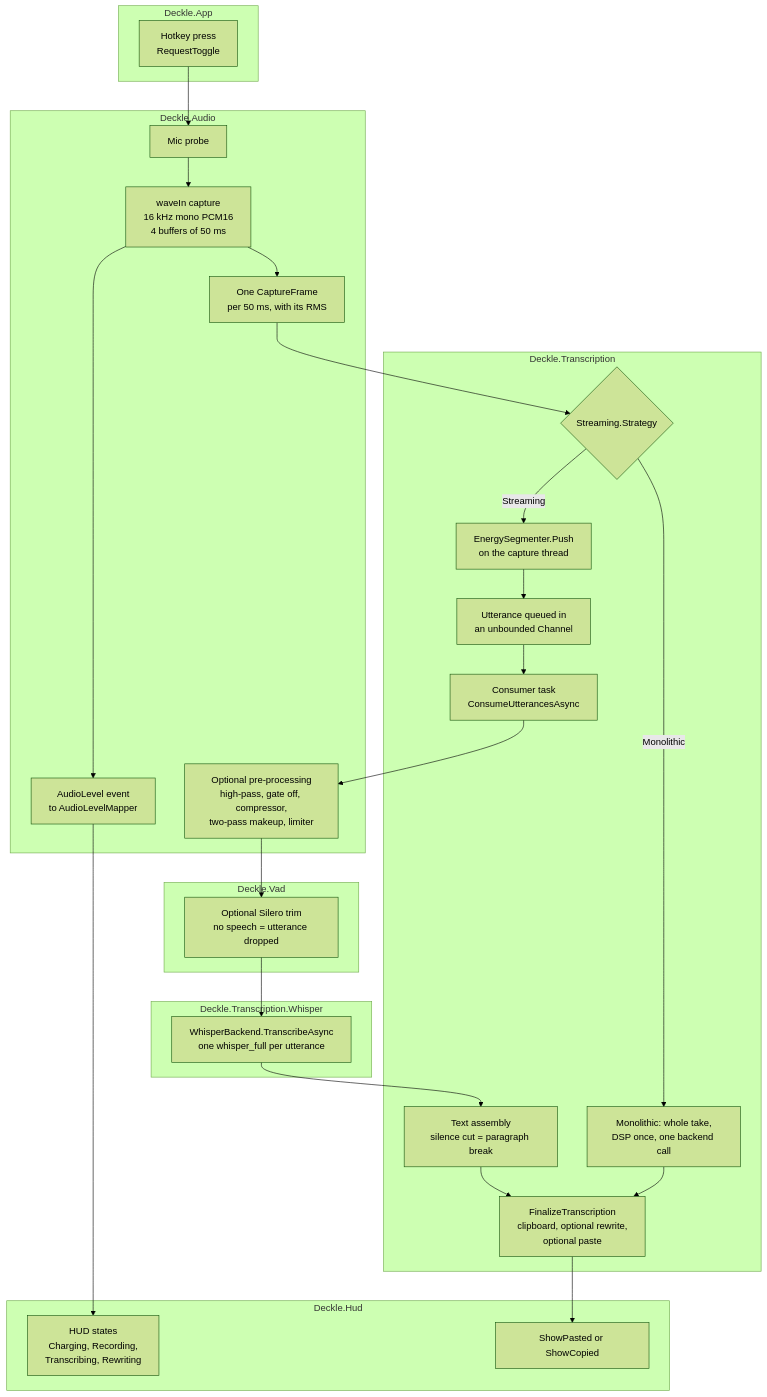
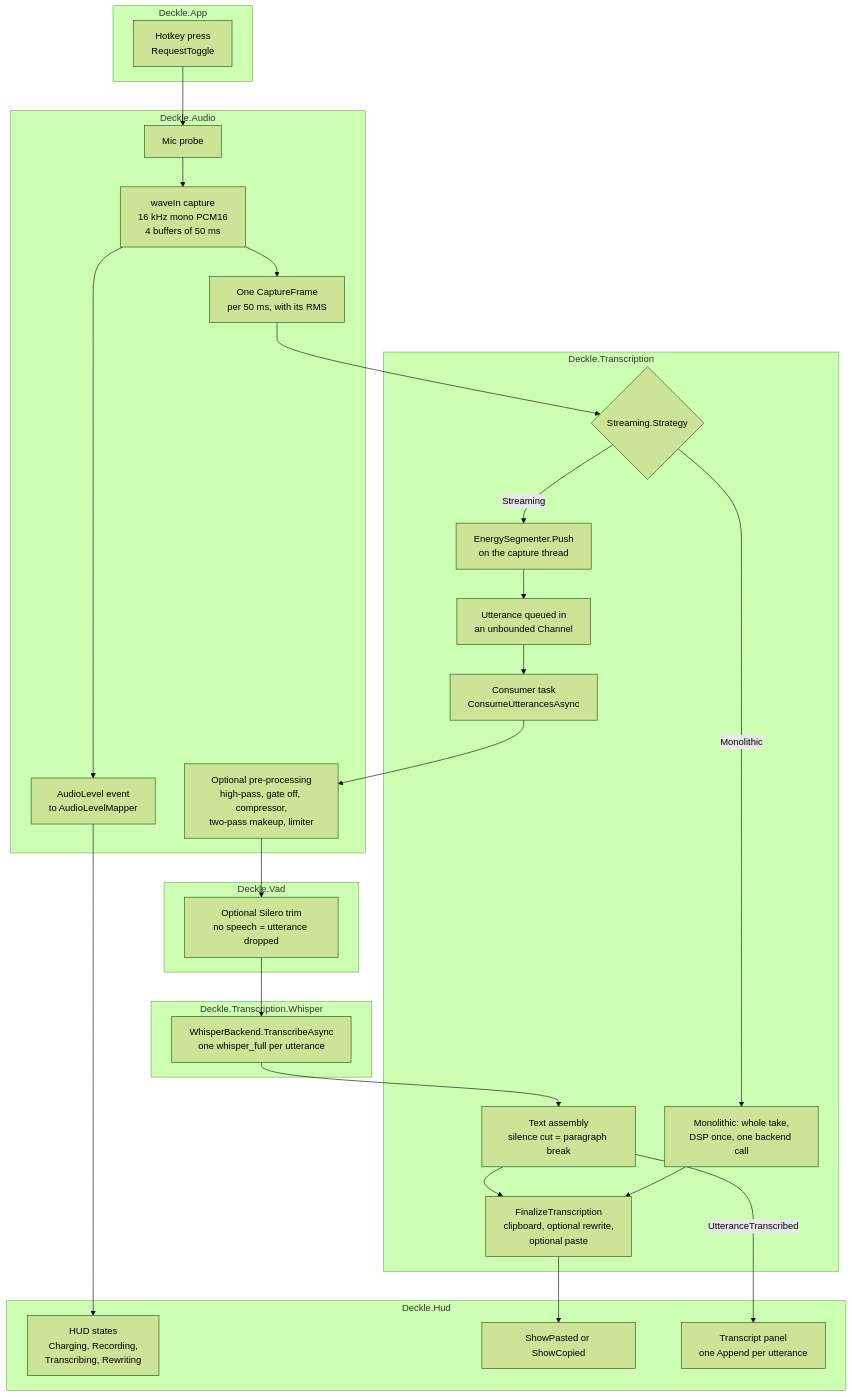
The first of 3 diagrams in docs/transcription-audio-chain.md (louisfifre/deckle), drawn with Mermaid (forest theme) before and after one commit. The commit also changed other lines of this file, not shown here.

````diff
--- a/docs/transcription-audio-chain.md
+++ b/docs/transcription-audio-chain.md
@@ -37,44 +37,46 @@
 ```mermaid
 flowchart TD
     subgraph APP["Deckle.App"]
         HK["Hotkey press<br/>RequestToggle"]
     end
 
     subgraph AUDIO["Deckle.Audio"]
         PROBE["Mic probe"]
         CAP["waveIn capture<br/>16 kHz mono PCM16<br/>4 buffers of 50 ms"]
         FRAME["One CaptureFrame<br/>per 50 ms, with its RMS"]
         LEVEL["AudioLevel event<br/>to AudioLevelMapper"]
         DSP["Optional pre-processing<br/>high-pass, gate off, compressor,<br/>two-pass makeup, limiter"]
     end
 
     subgraph TRANS["Deckle.Transcription"]
         FORK{"Streaming.Strategy"}
         SEG["EnergySegmenter.Push<br/>on the capture thread"]
         CHAN["Utterance queued in<br/>an unbounded Channel"]
         CONS["Consumer task<br/>ConsumeUtterancesAsync"]
         ASSEMBLE["Text assembly<br/>silence cut = paragraph break"]
         MONO["Monolithic: whole take,<br/>DSP once, one backend call"]
         FIN["FinalizeTranscription<br/>clipboard, optional rewrite,<br/>optional paste"]
     end
 
     subgraph VAD["Deckle.Vad"]
         TRIM["Optional Silero trim<br/>no speech = utterance dropped"]
     end
 
     subgraph WHISPER["Deckle.Transcription.Whisper"]
         ASR["WhisperBackend.TranscribeAsync<br/>one whisper_full per utterance"]
     end
 
     subgraph HUDM["Deckle.Hud"]
         HUD["HUD states<br/>Charging, Recording,<br/>Transcribing, Rewriting"]
         OUT["ShowPasted or ShowCopied"]
+        PANEL["Transcript panel<br/>one Append per utterance"]
     end
 
     HK --> PROBE --> CAP --> FRAME --> FORK
     CAP --> LEVEL --> HUD
     FORK -- Streaming --> SEG --> CHAN --> CONS
     CONS --> DSP --> TRIM --> ASR --> ASSEMBLE --> FIN
+    ASSEMBLE -- UtteranceTranscribed --> PANEL
     FORK -- Monolithic --> MONO --> FIN
     FIN --> OUT
 ```
````
